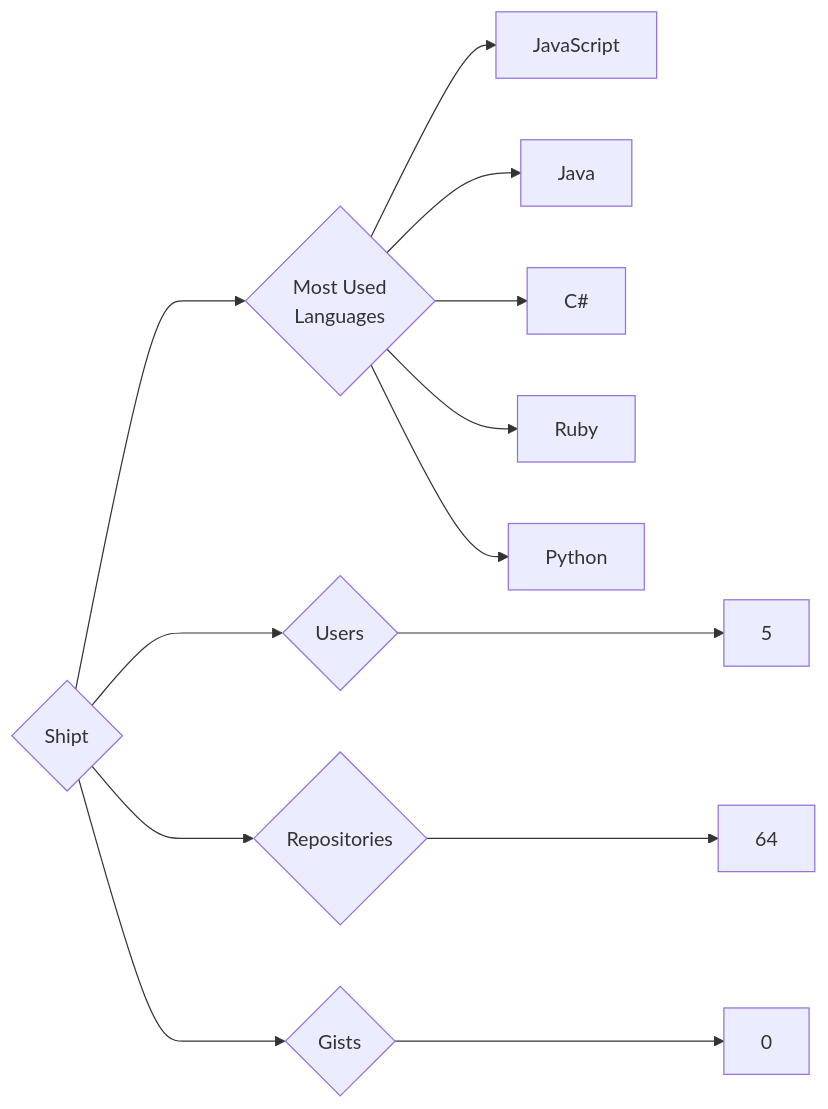
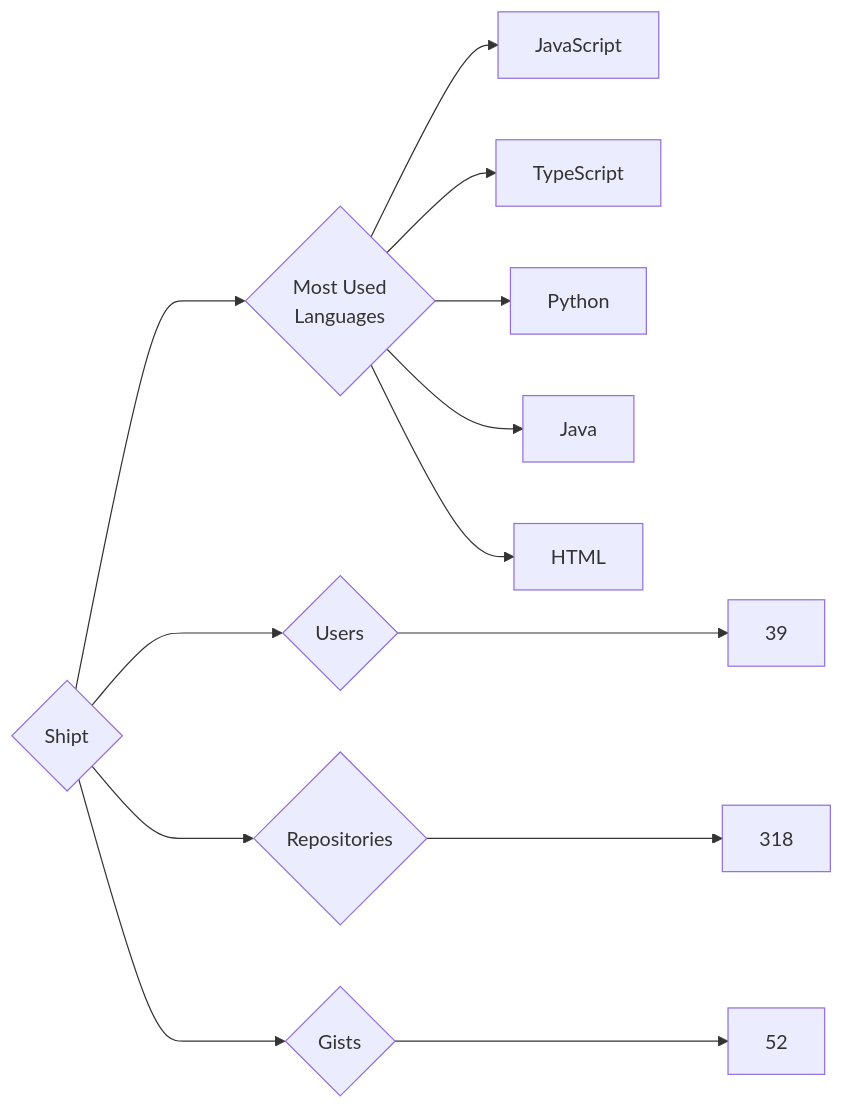
Before and after one commit to trickest/insiders: the diagram in targets/Shipt/README.md, drawn with Mermaid. The commit also changed 997 other files, not shown here.

````diff
--- a/targets/Shipt/README.md
+++ b/targets/Shipt/README.md
@@ -3,13 +3,13 @@
 ```mermaid
 graph LR
 COMPANY_NAME{Shipt}
-COMPANY_NAME ---> U{Users} ---> UN[5]
-COMPANY_NAME ---> R{Repositories} ---> RN[64]
-COMPANY_NAME ---> G{Gists} ---> GN[0]
+COMPANY_NAME ---> U{Users} ---> UN[39]
+COMPANY_NAME ---> R{Repositories} ---> RN[318]
+COMPANY_NAME ---> G{Gists} ---> GN[52]
 COMPANY_NAME ---> ML{Most Used<br>Languages}
-ML --> JavaScript
-ML --> Java
-ML --> C#
-ML --> Ruby
-ML --> Python
+ML --> JavaScript[JavaScript]
+ML --> TypeScript[TypeScript]
+ML --> Python[Python]
+ML --> Java[Java]
+ML --> HTML[HTML]
 ```
````
